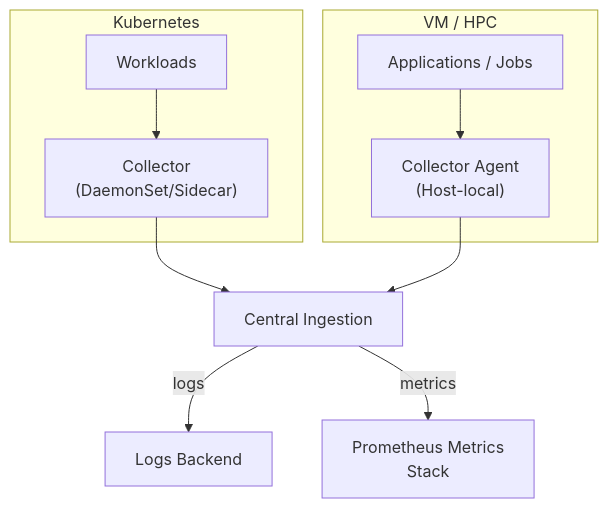
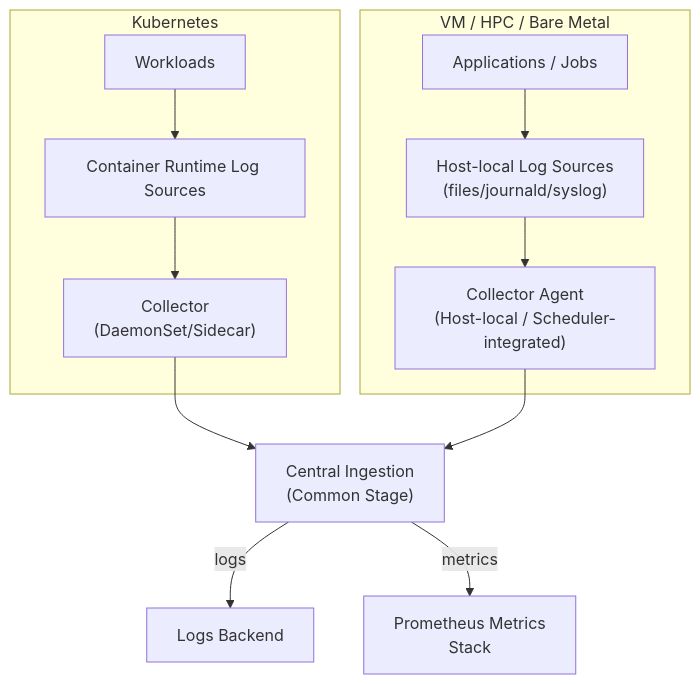
Before and after one commit to ecmwf/codex: the diagram in Observability/observability-guidelines.md, drawn with Mermaid. The commit also changed other lines of this file, not shown here.

````diff
--- a/Observability/observability-guidelines.md
+++ b/Observability/observability-guidelines.md
@@ -100,15 +116,17 @@
 ```mermaid
 flowchart TB
   subgraph K["Kubernetes"]
-    A1["Workloads"] --> A2["Collector<br/>(DaemonSet/Sidecar)"]
+    K1["Workloads"] --> K2["Container Runtime Log Sources"]
+    K2 --> K3["Collector<br/>(DaemonSet/Sidecar)"]
   end
 
-  subgraph V["VM / HPC"]
-    B1["Applications / Jobs"] --> B2["Collector Agent<br/>(Host-local)"]
+  subgraph H["VM / HPC / Bare Metal"]
+    H1["Applications / Jobs"] --> H2["Host-local Log Sources<br/>(files/journald/syslog)"]
+    H2 --> H3["Collector Agent<br/>(Host-local / Scheduler-integrated)"]
   end
 
-  A2 --> C["Central Ingestion"]
-  B2 --> C
+  K3 --> C["Central Ingestion<br/>(Common Stage)"]
+  H3 --> C
   C -->|logs| D["Logs Backend"]
   C -->|metrics| E["Prometheus Metrics<br/>Stack"]
 ```
````
